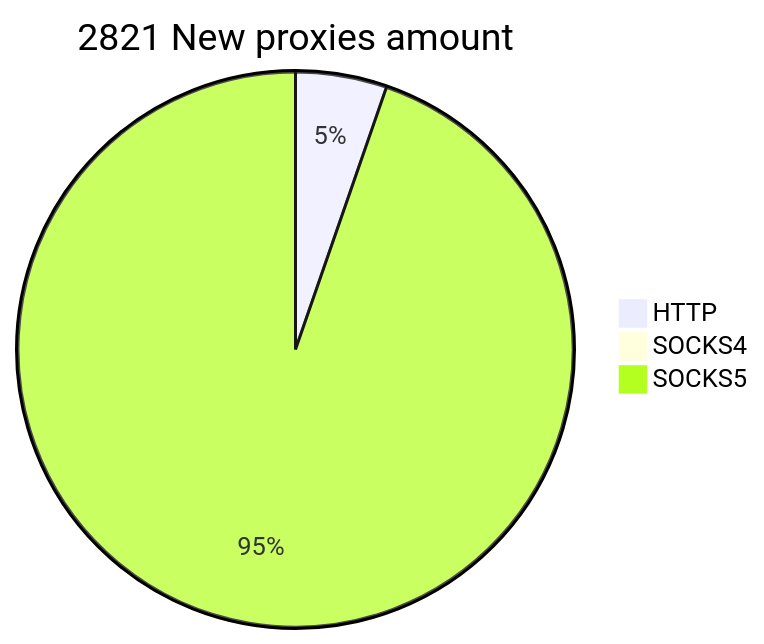
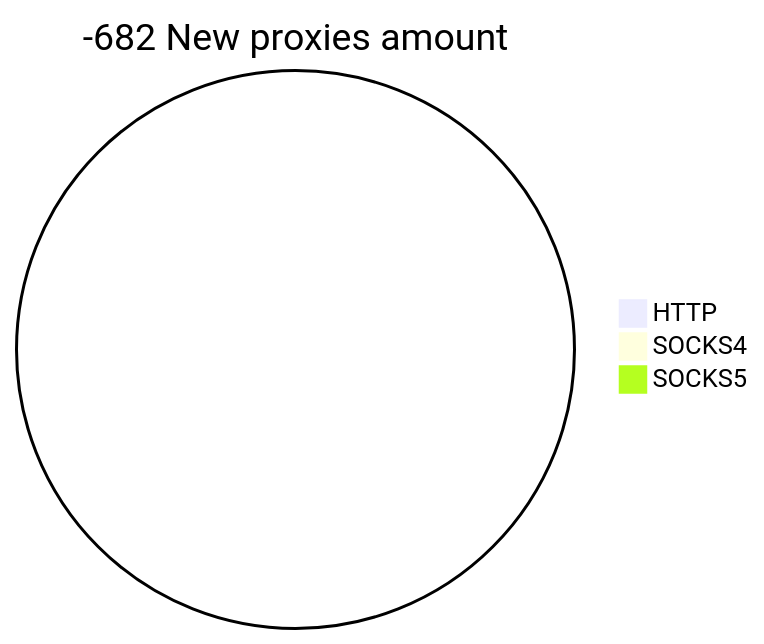
Before and after one commit to cutipu/proxylist: the second of 2 diagrams in README.md, drawn with Mermaid. The commit also changed other lines of this file, not shown here.

````diff
--- a/README.md
+++ b/README.md
@@ -10,6 +10,6 @@
 ```mermaid
-pie title 2821 New proxies amount
-    "HTTP" : 150
+pie title -682 New proxies amount
+    "HTTP" : 0
     "SOCKS4" : 0
-    "SOCKS5" : 2672
+    "SOCKS5" : 0
 ```
````
